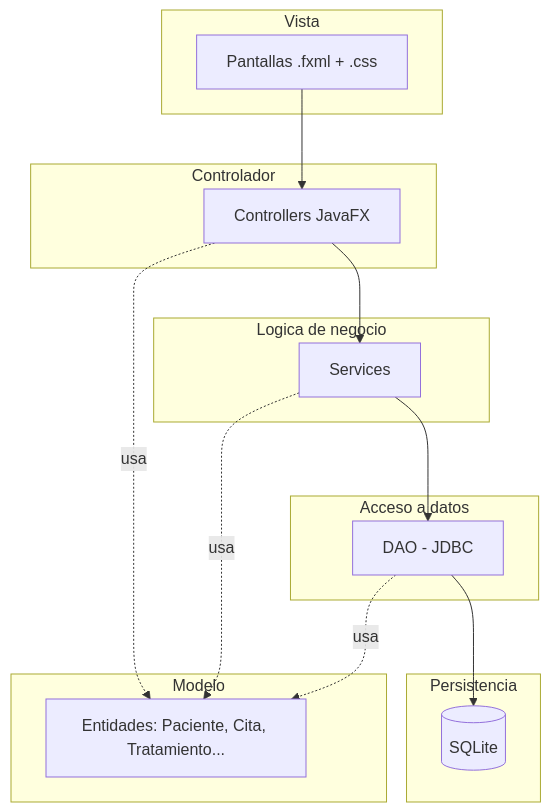
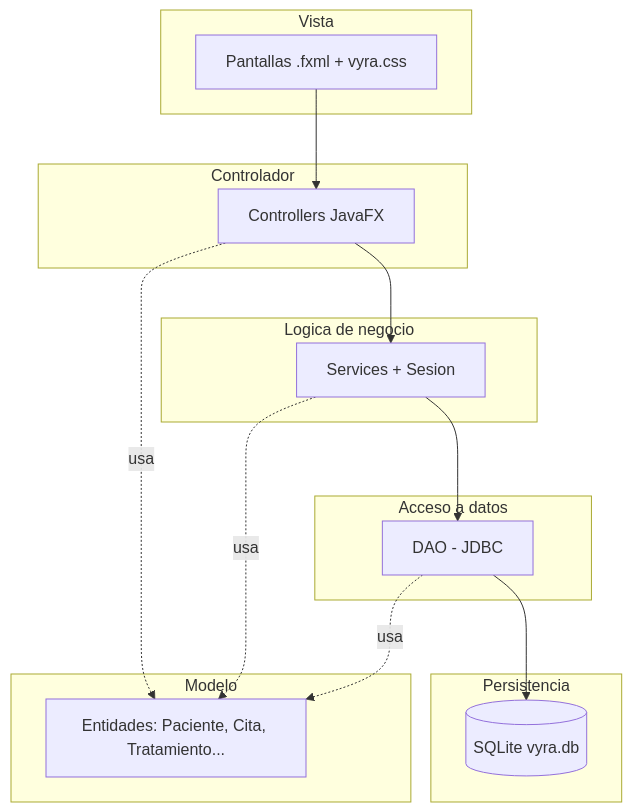
One commit to LuiDaniel/vyra-dentalSoftware changed the first of 2 diagrams in docs/05-arquitectura.md. Above: the diagram before and after it, drawn with Mermaid. The commit also changed other lines of this file and 18 other files, not shown here.

````diff
--- a/docs/05-arquitectura.md
+++ b/docs/05-arquitectura.md
@@ -10,29 +10,29 @@
 ```mermaid
 flowchart TD
     subgraph Vista
-        FXML[Pantallas .fxml + .css]
+        FXML[Pantallas .fxml + vyra.css]
     end
     subgraph Controlador
         CTRL[Controllers JavaFX]
     end
     subgraph Logica de negocio
-        SVC[Services]
+        SVC[Services + Sesion]
     end
     subgraph Acceso a datos
         DAO[DAO - JDBC]
     end
     subgraph Persistencia
-        DB[(SQLite)]
+        DB[(SQLite vyra.db)]
     end
     subgraph Modelo
         MODEL[Entidades: Paciente, Cita, Tratamiento...]
     end
 
     FXML --> CTRL
     CTRL --> SVC
     SVC --> DAO
     DAO --> DB
     CTRL -.usa.-> MODEL
     SVC -.usa.-> MODEL
     DAO -.usa.-> MODEL
 ```
````
